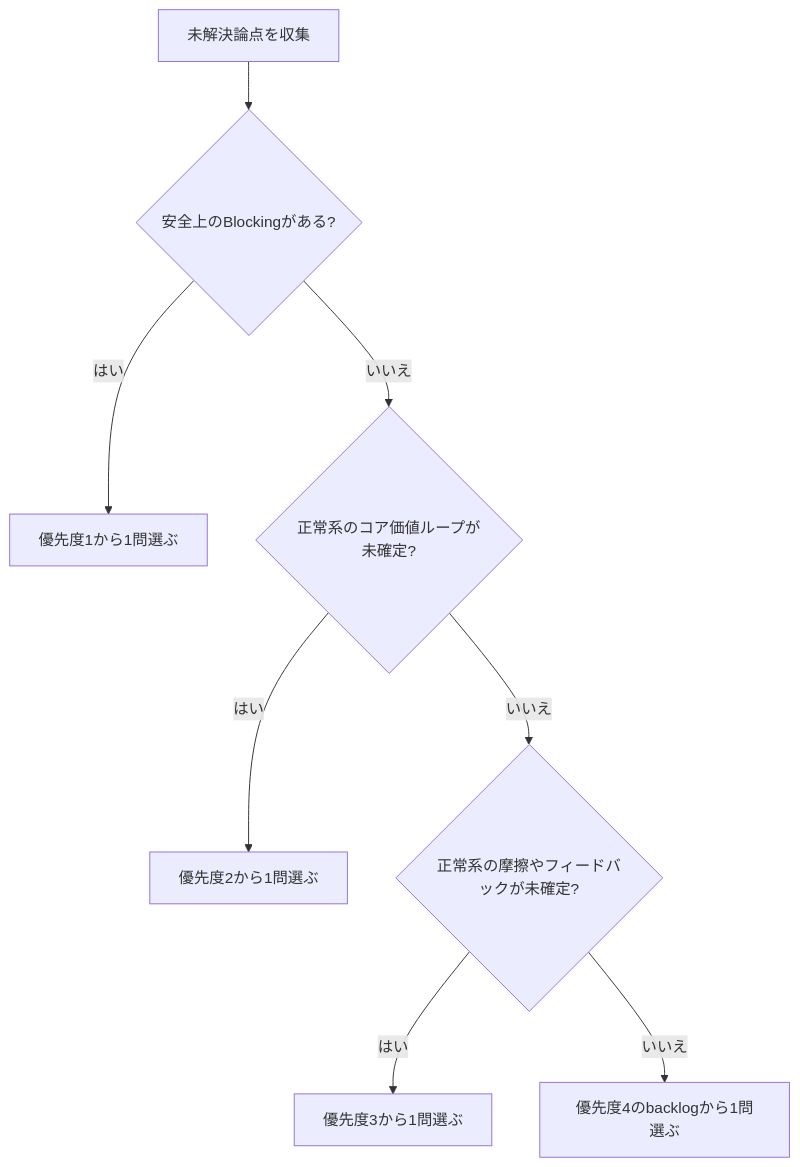
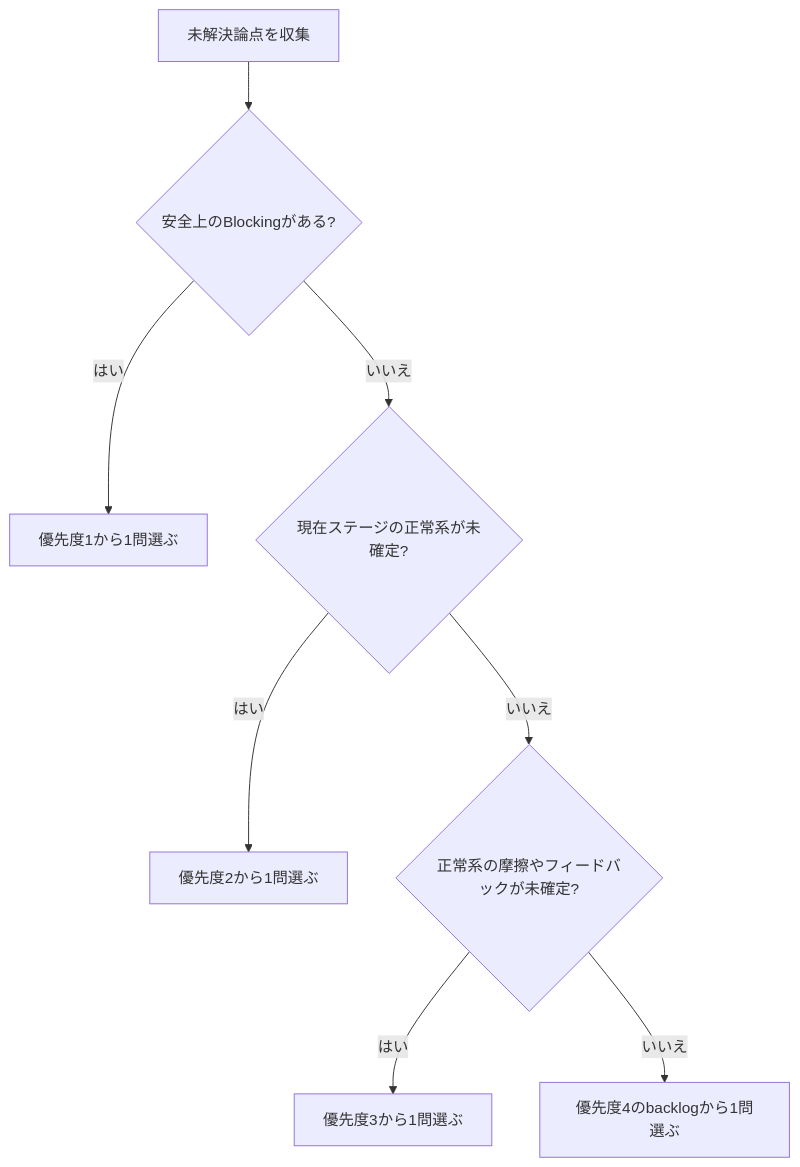
Before and after one commit to lilpacy/dotfiles: the third of 8 diagrams in skills/interaction-design-review-agent/SKILL.md, drawn with Mermaid. The commit also changed other lines of this file and 25 other files, not shown here.

````diff
--- a/skills/interaction-design-review-agent/SKILL.md
+++ b/skills/interaction-design-review-agent/SKILL.md
@@ -148,10 +154,10 @@
 ```mermaid
 flowchart TD
     A[未解決論点を収集] --> B{安全上のBlockingがある?}
     B -- はい --> P1[優先度1から1問選ぶ]
-    B -- いいえ --> C{正常系のコア価値ループが未確定?}
+    B -- いいえ --> C{現在ステージの正常系が未確定?}
     C -- はい --> P2[優先度2から1問選ぶ]
     C -- いいえ --> D{正常系の摩擦やフィードバックが未確定?}
     D -- はい --> P3[優先度3から1問選ぶ]
     D -- いいえ --> P4[優先度4のbacklogから1問選ぶ]
 ```
````
